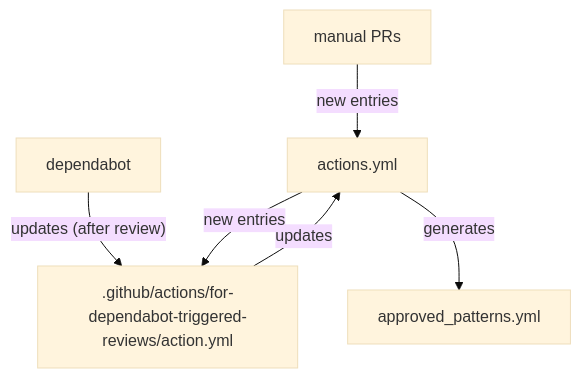
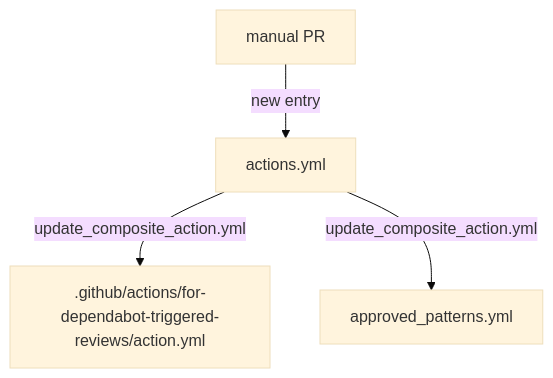
Before and after one commit to apache/infrastructure-actions: the first of 2 diagrams in README.md, drawn with Mermaid (base theme). The commit also changed other lines of this file, not shown here.

````diff
--- a/README.md
+++ b/README.md
@@ -80,8 +87,6 @@
 ```mermaid
 graph TD;
-    manual["manual PRs"]--new entries-->actions.yml
-    dependabot--updates (after review)-->composite-action[".github/actions/for-dependabot-triggered-reviews/action.yml"];
-    composite-action--updates-->actions.yml
-    actions.yml--new entries-->composite-action
-    actions.yml--generates-->approved_patterns.yml
+    manual["manual PR"]--new entry-->actions.yml
+    actions.yml--"update_composite_action.yml"-->composite[".github/actions/for-dependabot-triggered-reviews/action.yml"]
+    actions.yml--"update_composite_action.yml"-->approved["approved_patterns.yml"]
 ```
````
